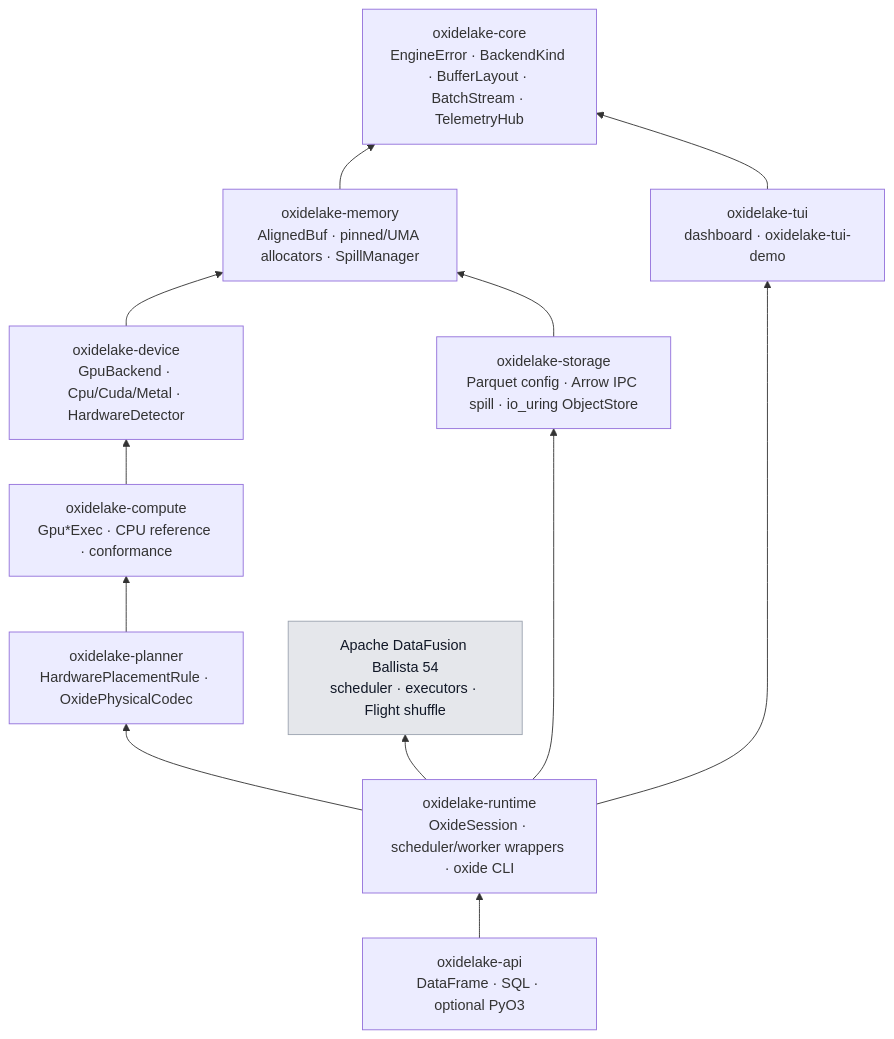
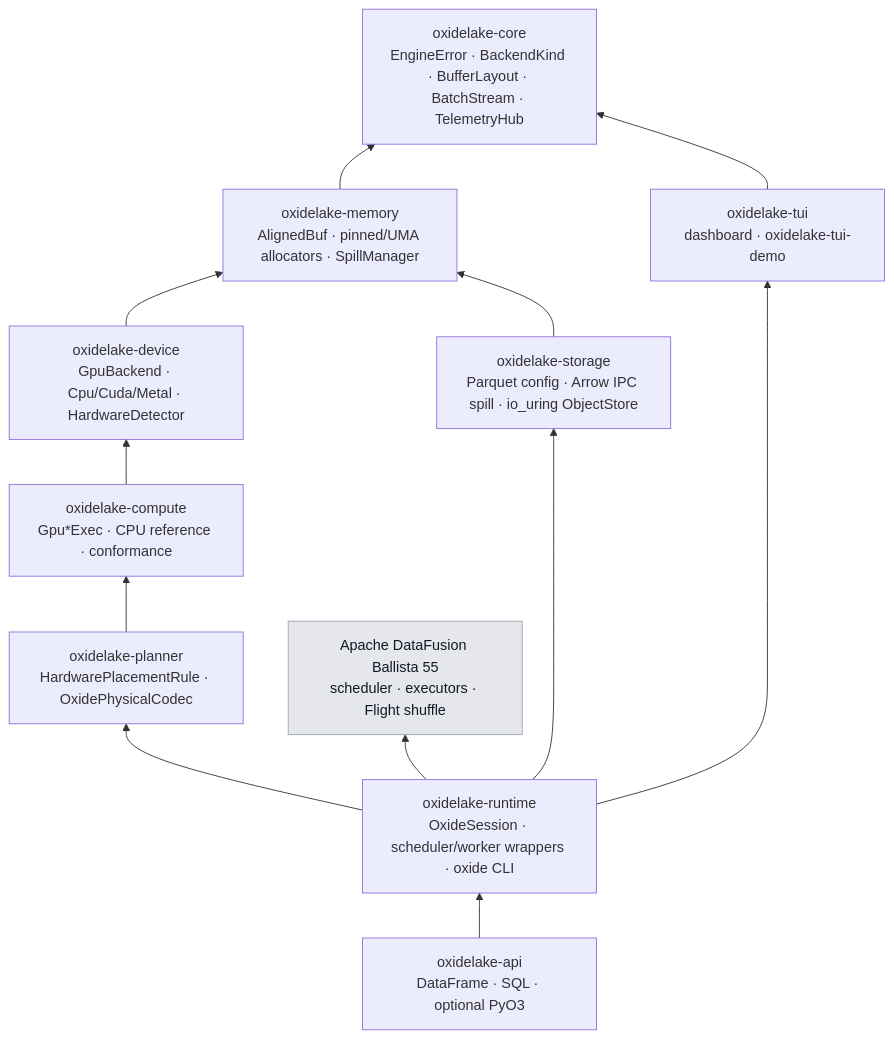
Before and after one commit to vyncint/oxidelake: the first of 4 diagrams in docs/architecture.md, drawn with Mermaid. The commit also changed 14 other files, not shown here.

First line of the commit message:
build(deps)!: Ballista 55, DataFusion 55, arrow 59 (#84)

````diff
--- a/docs/architecture.md
+++ b/docs/architecture.md
@@ -9,17 +9,17 @@
 ```mermaid
 flowchart BT
   core[oxidelake-core<br/>EngineError · BackendKind · BufferLayout · BatchStream · TelemetryHub]
   memory[oxidelake-memory<br/>AlignedBuf · pinned/UMA allocators · SpillManager] --> core
   device[oxidelake-device<br/>GpuBackend · Cpu/Cuda/Metal · HardwareDetector] --> memory
   compute[oxidelake-compute<br/>Gpu*Exec · CPU reference · conformance] --> device
   storage[oxidelake-storage<br/>Parquet config · Arrow IPC spill · io_uring ObjectStore] --> memory
   planner[oxidelake-planner<br/>HardwarePlacementRule · OxidePhysicalCodec] --> compute
   tui[oxidelake-tui<br/>dashboard · oxidelake-tui-demo] --> core
   runtime[oxidelake-runtime<br/>OxideSession · scheduler/worker wrappers · oxide CLI] --> planner
   runtime --> storage
   runtime --> tui
-  runtime --> ballista[Apache DataFusion Ballista 54<br/>scheduler · executors · Flight shuffle]
+  runtime --> ballista[Apache DataFusion Ballista 55<br/>scheduler · executors · Flight shuffle]
   api[oxidelake-api<br/>DataFrame · SQL · optional PyO3] --> runtime
   classDef ext fill:#e5e7eb,stroke:#9ca3af,color:#111827;
   class ballista ext
 ```
````
